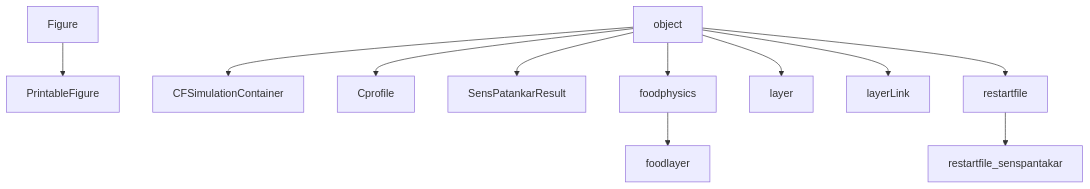
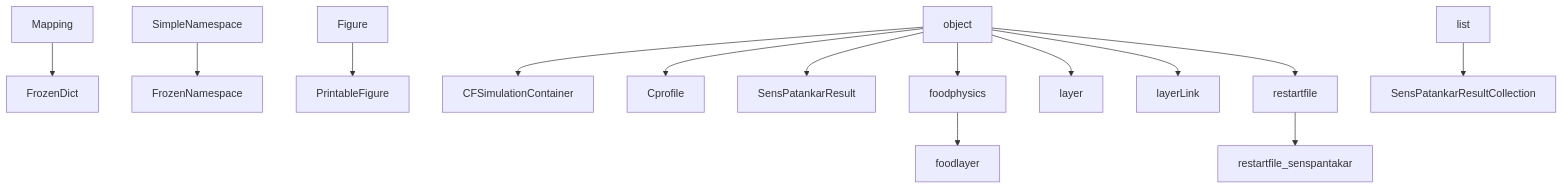
The fifth of 13 diagrams in docs/SFPPy_classes_documentation.md (ovitrac/SFPPy), drawn with Mermaid before and after one commit. The commit also changed other lines of this file and 1404 other files, not shown here.

````diff
--- a/docs/SFPPy_classes_documentation.md
+++ b/docs/SFPPy_classes_documentation.md
@@ -2978,23 +3029,29 @@
 ```mermaid
 graph TD;
 CFSimulationContainer
 Cprofile
+FrozenDict
+FrozenNamespace
 PrintableFigure
 SensPatankarResult
+SensPatankarResultCollection
 foodlayer
 foodphysics
 layer
 layerLink
 restartfile
 restartfile_senspantakar
 Figure --> PrintableFigure
+Mapping --> FrozenDict
+SimpleNamespace --> FrozenNamespace
 foodphysics --> foodlayer
+list --> SensPatankarResultCollection
 object --> CFSimulationContainer
 object --> Cprofile
 object --> SensPatankarResult
 object --> foodphysics
 object --> layer
 object --> layerLink
 object --> restartfile
 restartfile --> restartfile_senspantakar
 ```
````
